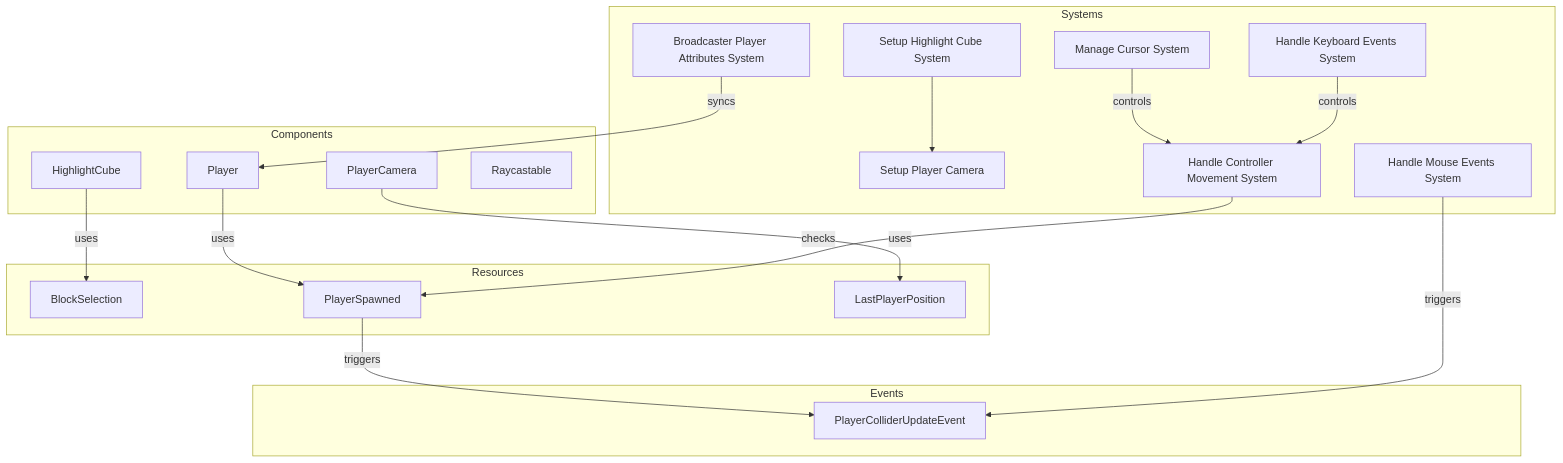
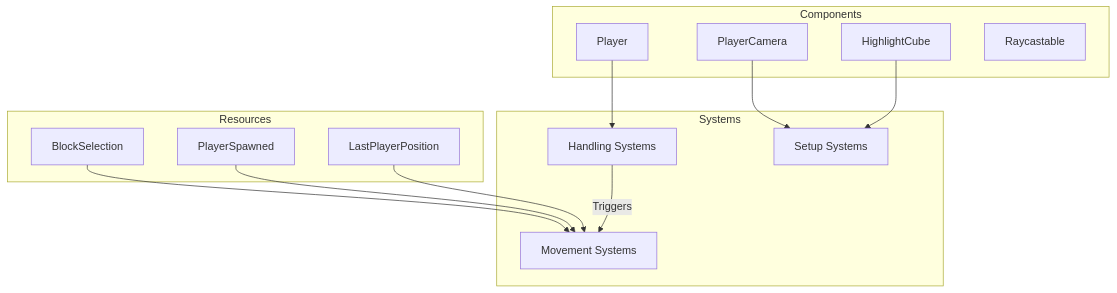
One commit to CuddlyBunion341/rsmc changed the diagram in docs/client/player.md. Above: the diagram before and after it, drawn with Mermaid. The commit also changed other lines of this file and 12 other files, not shown here.

````diff
--- a/docs/client/player.md
+++ b/docs/client/player.md
@@ -12,41 +12,30 @@
 ```mermaid
 graph TD
     subgraph Components
-        A[HighlightCube]
-        B[Player]
-        C[PlayerCamera]
-        D[Raycastable]
-    end
-    
-    subgraph Resources
-        E[BlockSelection]
-        F[PlayerSpawned]
-        G[LastPlayerPosition]
-    end
-    
-    subgraph Events
-        H[PlayerColliderUpdateEvent]
-    end
-    
-    subgraph Systems
-        I[Setup Highlight Cube System]
-        J[Setup Player Camera]
-        K[Handle Controller Movement System]
-        L[Manage Cursor System]
-        M[Handle Mouse Events System]
-        N[Handle Keyboard Events System]
-        O[Broadcaster Player Attributes System]
+        Player[Player]
+        PlayerCamera[PlayerCamera]
+        HighlightCube[HighlightCube]
+        Raycastable[Raycastable]
     end
 
-    A -->|uses| E
-    B -->|uses| F
-    C -->|uses| G
-    F -->|triggers| H
+    subgraph Resources
+        BlockSelection[BlockSelection]
+        PlayerSpawned[PlayerSpawned]
+        LastPlayerPosition[LastPlayerPosition]
+    end
 
-    I --> J
-    K -->|checks| F
-    L -->|controls| K
-    M -->|triggers| H
-    N -->|controls| K
-    O -->|syncs| B
+    subgraph Systems
+        Handling[Handling Systems]
+        Movement[Movement Systems]
+        Setup[Setup Systems]
+    end
+
+    Player --> Handling
+    PlayerCamera --> Setup
+    HighlightCube --> Setup
+    BlockSelection --> Movement
+    PlayerSpawned --> Movement
+    LastPlayerPosition --> Movement
+
+    Handling --> |"Triggers"| Movement
 ```
````
